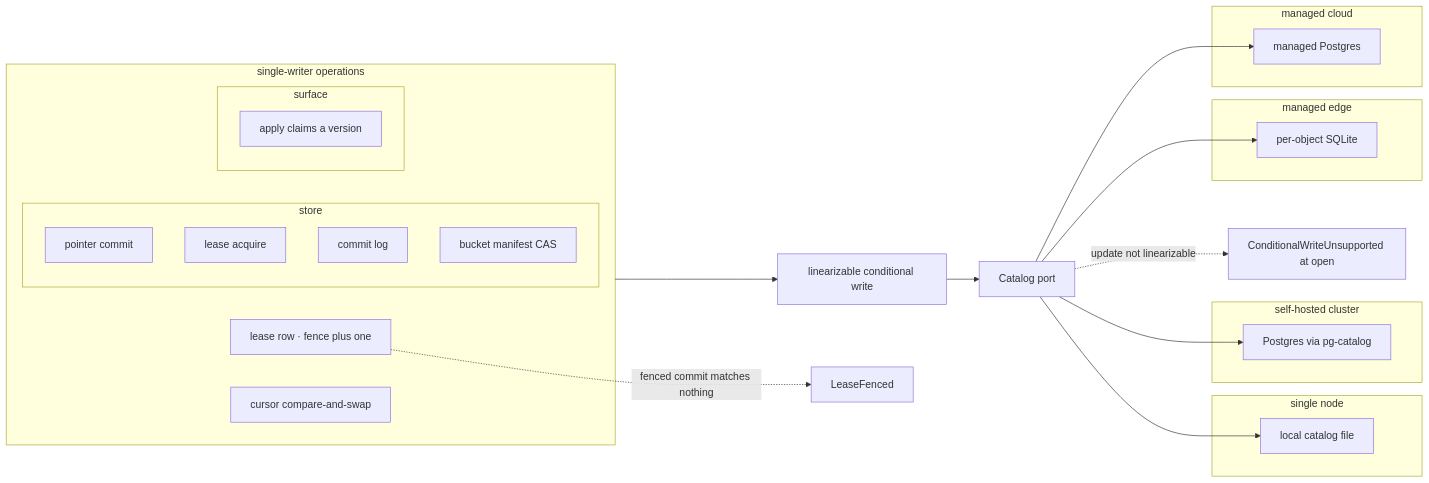
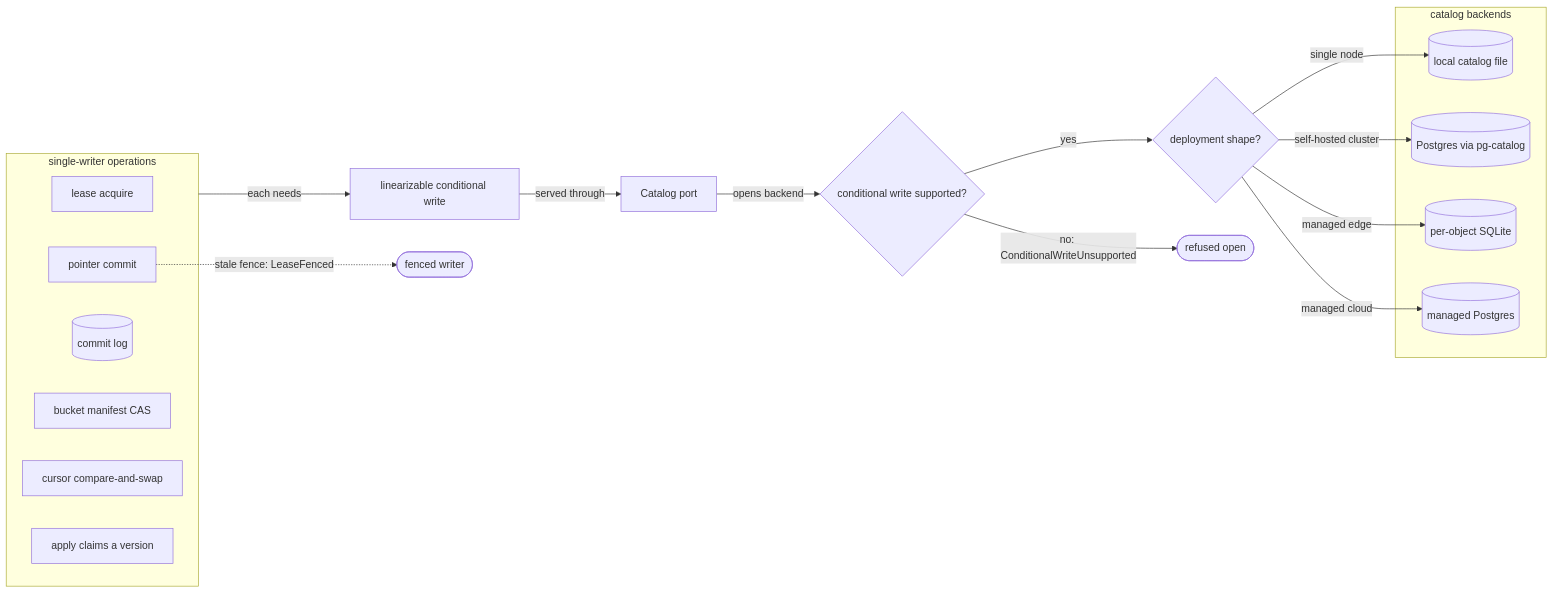
The fifth of 5 diagrams in spec/01-topology.md (fractalboxdev/contextful), drawn with Mermaid before and after one commit. The commit also changed other lines of this file and 44 other files, not shown here.

First line of the commit message:
spec: diagrams draw entities and flows, and the checker enforces it (#12)

````diff
--- a/spec/01-topology.md
+++ b/spec/01-topology.md
@@ -324,37 +281,34 @@
 ```mermaid
 flowchart LR
   subgraph OPS["single-writer operations"]
-    LROW["lease row · fence plus one"]
+    LA["lease acquire"]
+    PTR["pointer commit"]
+    CL[("commit log")]
+    MAN["bucket manifest CAS"]
     CUR["cursor compare-and-swap"]
-    subgraph STOREOPS["store"]
-      PTR["pointer commit"]
-      LA["lease acquire"]
-      CL["commit log"]
-      MAN["bucket manifest CAS"]
-    end
-    subgraph SURFOPS["surface"]
-      APPLY["apply claims a version"]
-    end
+    APPLY["apply claims a version"]
   end
   PRIM["linearizable conditional write"]
   PORT["Catalog port"]
-  subgraph NODE1["single node"]
-    LOCAL["local catalog file"]
+  CW{"conditional write supported?"}
+  SHAPE{"deployment shape?"}
+  subgraph BACKENDS["catalog backends"]
+    LOCAL[("local catalog file")]
+    PG[("Postgres via pg-catalog")]
+    SQLITE[("per-object SQLite")]
+    MPG[("managed Postgres")]
   end
-  subgraph CLUSTER["self-hosted cluster"]
-    PG["Postgres via pg-catalog"]
-  end
-  subgraph MEDGE["managed edge"]
-    SQLITE["per-object SQLite"]
-  end
-  subgraph MCLOUD["managed cloud"]
-    MPG["managed Postgres"]
-  end
-  WEAK["ConditionalWriteUnsupported at open"]
-  STALE["LeaseFenced"]
+  NOOPEN(["refused open"])
+  FENCED(["fenced writer"])
 
-  OPS --> PRIM --> PORT
-  PORT --> LOCAL & PG & SQLITE & MPG
-  PORT -. "update not linearizable" .-> WEAK
-  LROW -. "fenced commit matches nothing" .-> STALE
+  OPS -- "each needs" --> PRIM
+  PRIM -- "served through" --> PORT
+  PORT -- "opens backend" --> CW
+  CW -- "no: ConditionalWriteUnsupported" --> NOOPEN
+  CW -- "yes" --> SHAPE
+  SHAPE -- "single node" --> LOCAL
+  SHAPE -- "self-hosted cluster" --> PG
+  SHAPE -- "managed edge" --> SQLITE
+  SHAPE -- "managed cloud" --> MPG
+  PTR -. "stale fence: LeaseFenced" .-> FENCED
 ```
````
